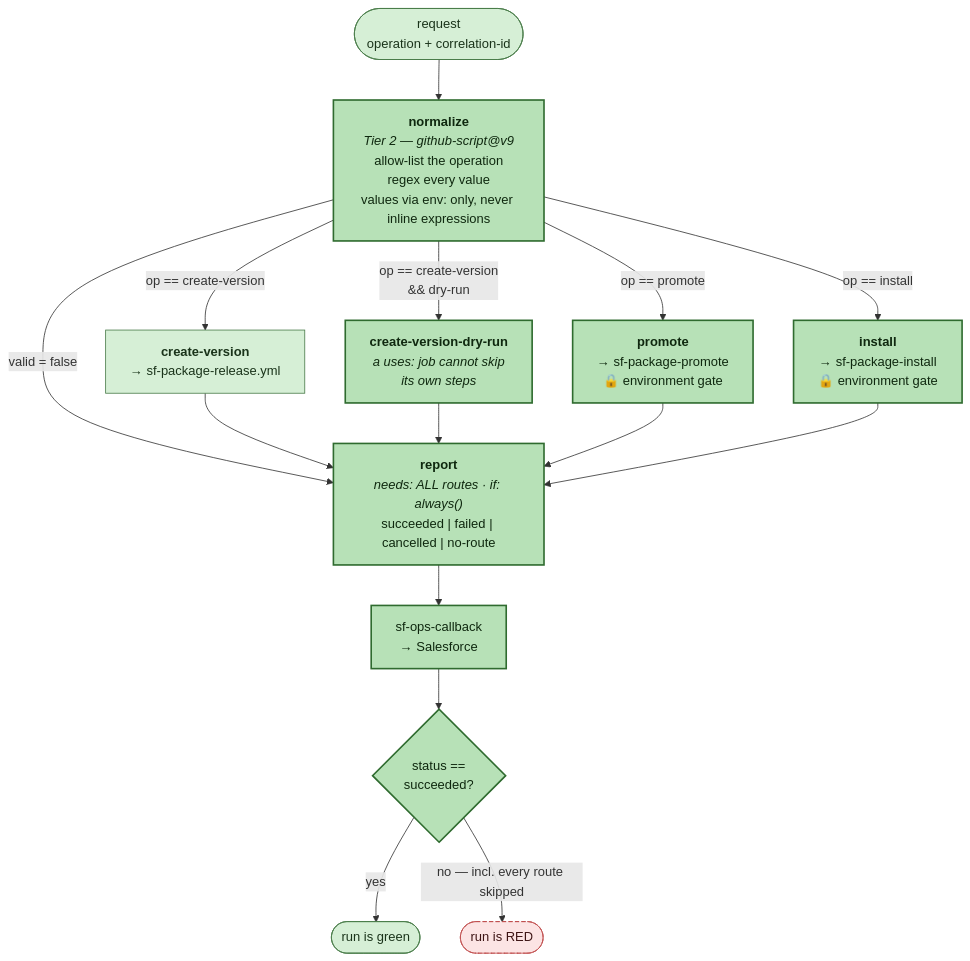
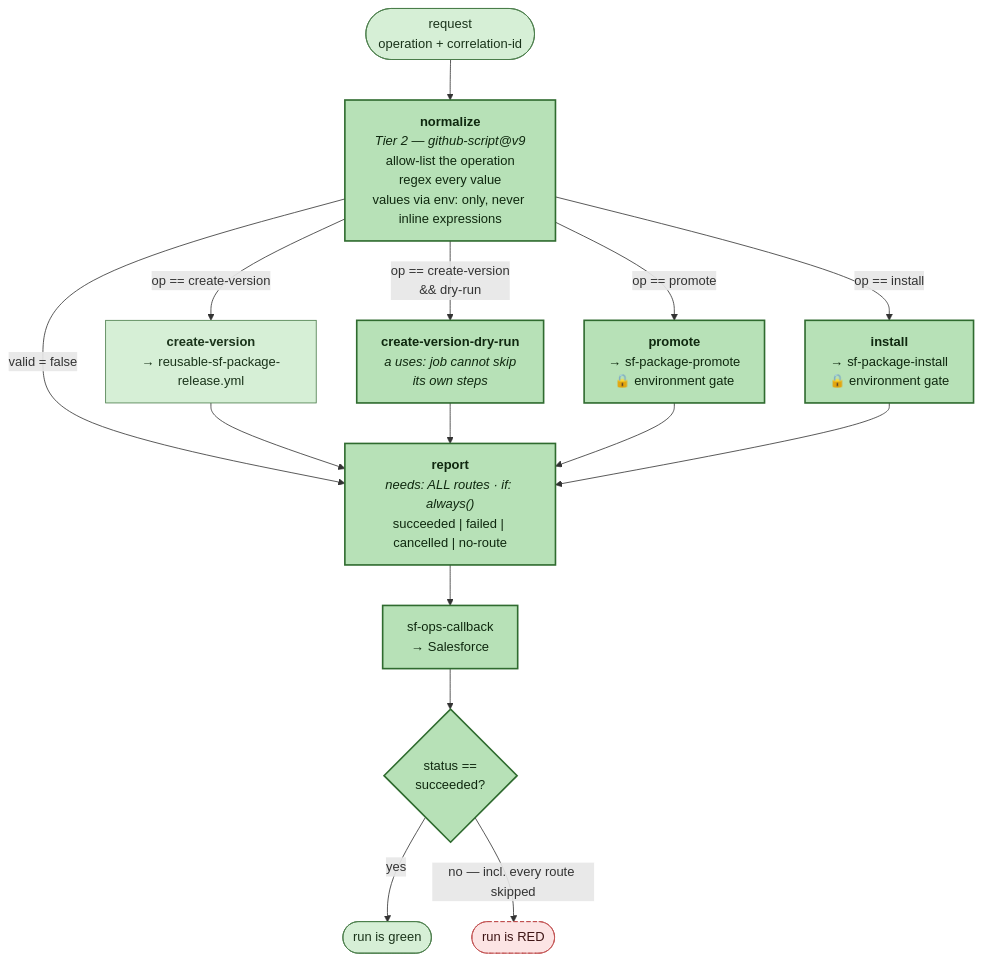
One commit to Gforce-Innovation-Kft/shared-github-actions changed the second of 7 diagrams in docs/pipeline-map.md. Above: the diagram before and after it, drawn with Mermaid. The commit also changed other lines of this file and 116 other files, not shown here.

````diff
--- a/docs/pipeline-map.md
+++ b/docs/pipeline-map.md
@@ -84,37 +84,37 @@
 ```mermaid
 flowchart TB
     IN(["request<br/>operation + correlation-id"]):::built
 
     NORM["<b>normalize</b><br/><i>Tier 2 — github-script@v9</i><br/>allow-list the operation<br/>regex every value<br/>values via env: only, never inline expressions"]:::new
 
-    CV["<b>create-version</b><br/>→ sf-package-release.yml"]:::built
+    CV["<b>create-version</b><br/>→ reusable-sf-package-release.yml"]:::built
     CVD["<b>create-version-dry-run</b><br/><i>a uses: job cannot skip<br/>its own steps</i>"]:::new
     PR["<b>promote</b><br/>→ sf-package-promote<br/>🔒 environment gate"]:::new
     IN2["<b>install</b><br/>→ sf-package-install<br/>🔒 environment gate"]:::new
 
     REP["<b>report</b><br/><i>needs: ALL routes · if: always()</i><br/>succeeded | failed | cancelled | no-route"]:::new
     CB["sf-ops-callback<br/>→ Salesforce"]:::new
     FAIL{"status ==<br/>succeeded?"}:::new
     GREEN(["run is green"]):::built
     RED(["run is RED"]):::gap
 
     IN --> NORM
     NORM -->|"valid = false"| REP
     NORM -->|"op == create-version"| CV
     NORM -->|"op == create-version<br/>&& dry-run"| CVD
     NORM -->|"op == promote"| PR
     NORM -->|"op == install"| IN2
     CV --> REP
     CVD --> REP
     PR --> REP
     IN2 --> REP
     REP --> CB
     CB --> FAIL
     FAIL -->|yes| GREEN
     FAIL -->|"no — incl. every route skipped"| RED
 
     classDef built fill:#d6efd6,stroke:#4a7c4a,color:#1a331a
     classDef new fill:#b7e1b7,stroke:#2f6b2f,color:#0f280f,stroke-width:2px
     classDef planned fill:#fff2cc,stroke:#b38f00,color:#3d3000,stroke-dasharray: 5 3
     classDef gap fill:#fce4e4,stroke:#c04d4d,color:#3d1414,stroke-dasharray: 5 3
 ```
````
